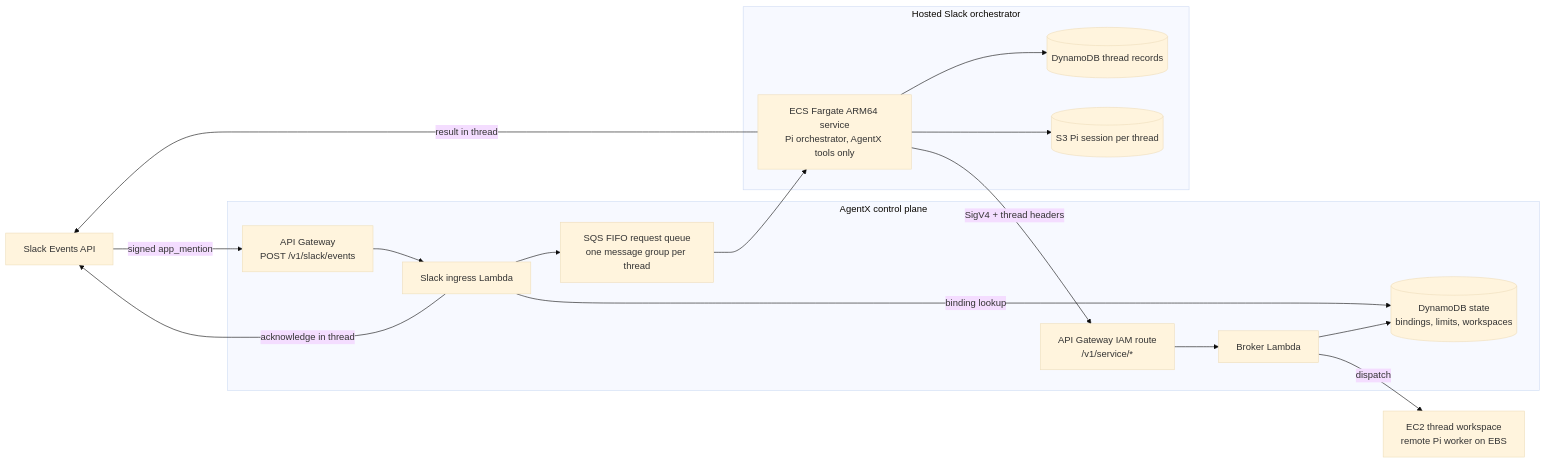
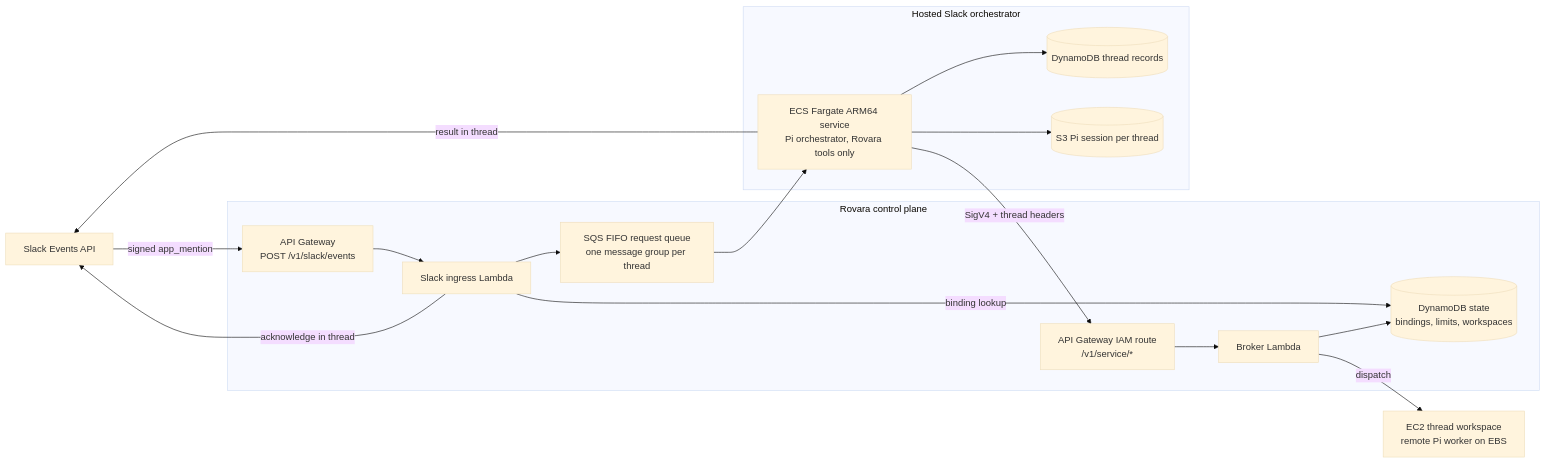
The second of 2 diagrams in docs/architecture-production.md (PrepLabsAI/Rovara), drawn with Mermaid (base theme) before and after one commit. The commit also changed other lines of this file and 24 other files, not shown here.

First line of the commit message:
docs: rename the product from AgentX to Rovara

````diff
--- a/docs/architecture-production.md
+++ b/docs/architecture-production.md
@@ -69,32 +69,32 @@
 ```mermaid
 flowchart LR
   Slack[Slack Events API]
 
-  subgraph Control[AgentX control plane]
+  subgraph Control[Rovara control plane]
     Route[API Gateway\nPOST /v1/slack/events]
     Ingress[Slack ingress Lambda]
     Fifo[SQS FIFO request queue\none message group per thread]
     Service[API Gateway IAM route\n/v1/service/*]
     Broker[Broker Lambda]
     State[(DynamoDB state\nbindings, limits, workspaces)]
   end
 
   subgraph Orchestrator[Hosted Slack orchestrator]
-    Fargate[ECS Fargate ARM64 service\nPi orchestrator, AgentX tools only]
+    Fargate[ECS Fargate ARM64 service\nPi orchestrator, Rovara tools only]
     Threads[(DynamoDB thread records)]
     Sessions[(S3 Pi session per thread)]
   end
 
   Worker[EC2 thread workspace\nremote Pi worker on EBS]
 
   Slack -->|signed app_mention| Route --> Ingress
   Ingress -->|binding lookup| State
   Ingress -->|acknowledge in thread| Slack
   Ingress --> Fifo --> Fargate
   Fargate --> Threads
   Fargate --> Sessions
   Fargate -->|SigV4 + thread headers| Service --> Broker
   Broker --> State
   Broker -->|dispatch| Worker
   Fargate -->|result in thread| Slack
 ```
````
